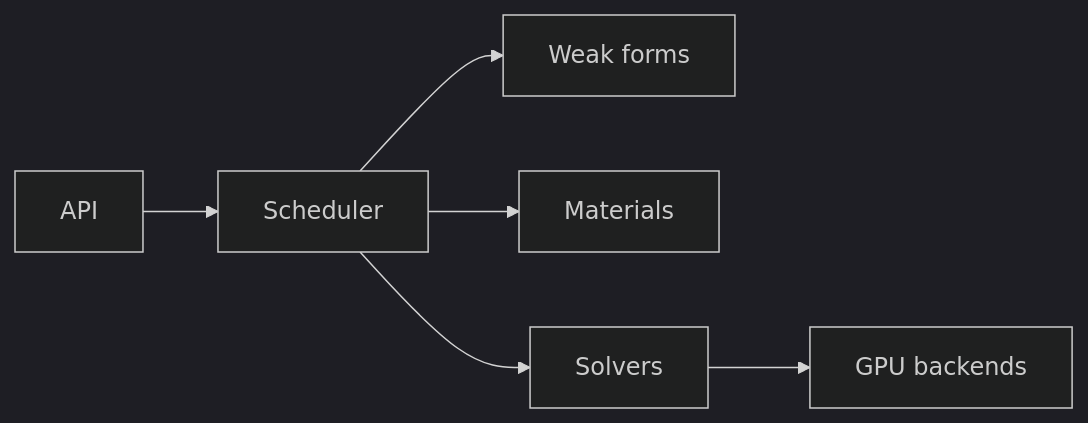
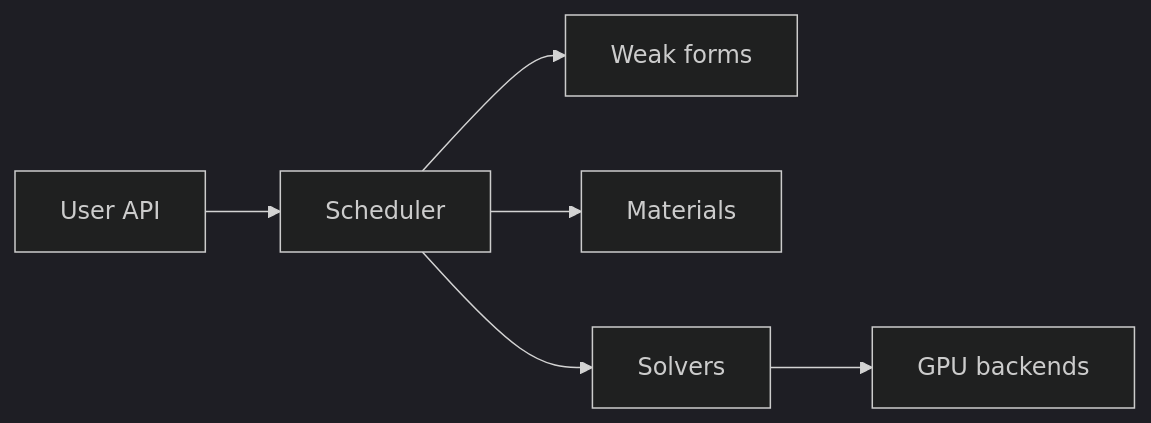
The diagram in docs/index.md (zclsjtu/DiffSolid), drawn with Mermaid (dark theme) before and after one commit. The commit also changed other lines of this file, not shown here.

````diff
--- a/docs/index.md
+++ b/docs/index.md
@@ -62,8 +71,8 @@
 ```mermaid
 flowchart LR
-  api[API] --> sched[Scheduler]
+  api[User API] --> sched[Scheduler]
   sched --> eq[Weak forms]
   sched --> mat[Materials]
   sched --> sol[Solvers]
   sol --> gpu[GPU backends]
 ```
````
